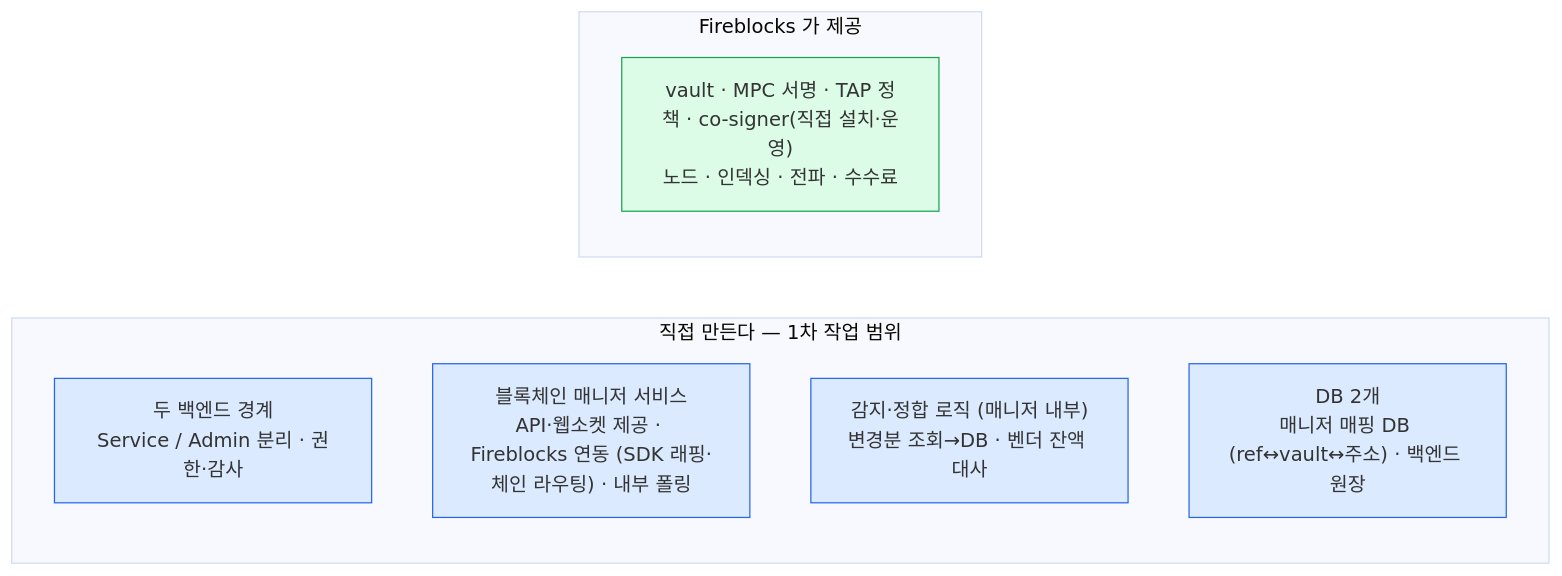
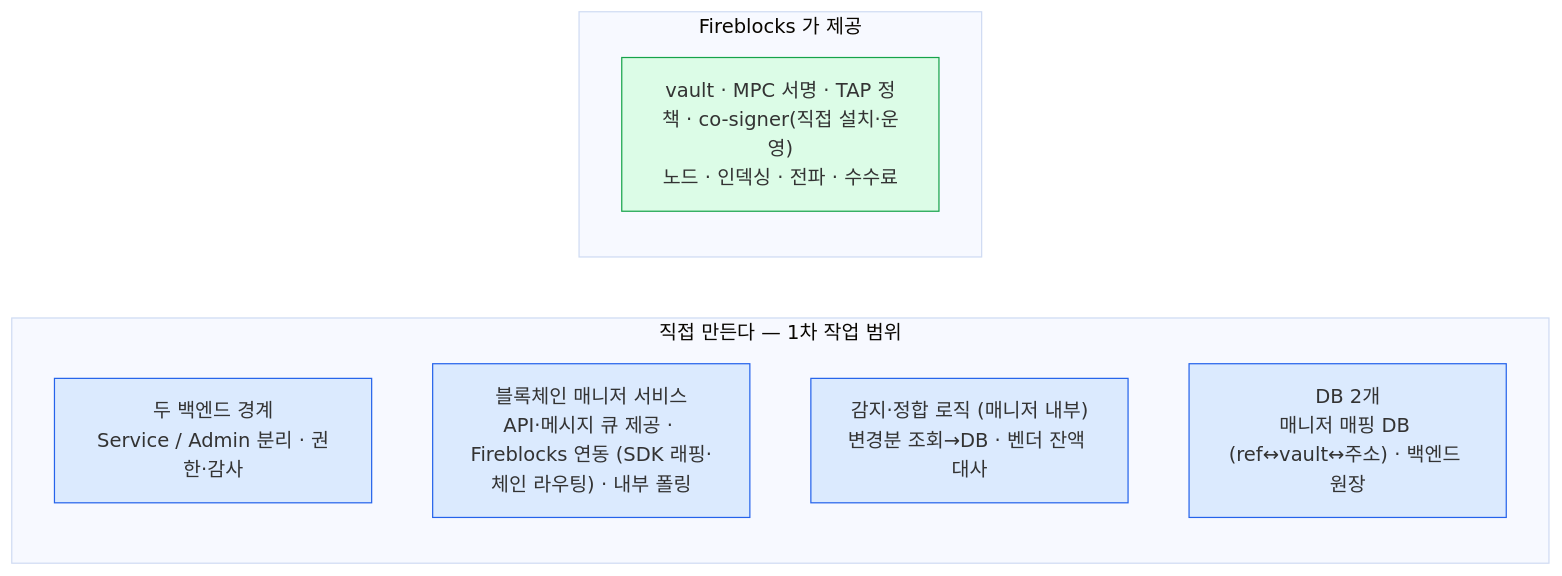
One commit to eunsujeo/eunpus changed the third of 3 diagrams in blockchain-manager/docs/설계/00-cast.md. Above: the diagram before and after it, drawn with Mermaid (base theme). The commit also changed other lines of this file and 6 other files, not shown here.

First line of the commit message:
칸반 문서: 이벤트 채널 웹소켓 → 메시지 큐 전환

````diff
--- a/blockchain-manager/docs/설계/00-cast.md
+++ b/blockchain-manager/docs/설계/00-cast.md
@@ -85,18 +91,18 @@
 ```mermaid
 flowchart LR
     subgraph MINE["직접 만든다 — 1차 작업 범위"]
       direction TB
       M1["두 백엔드 경계<br/>Service / Admin 분리 · 권한·감사"]
-      M2["블록체인 매니저 서비스<br/>API·웹소켓 제공 · Fireblocks 연동 (SDK 래핑·체인 라우팅) · 내부 폴링"]
+      M2["블록체인 매니저 서비스<br/>API·메시지 큐 제공 · Fireblocks 연동 (SDK 래핑·체인 라우팅) · 내부 폴링"]
       M3["감지·정합 로직 (매니저 내부)<br/>변경분 조회→DB · 벤더 잔액 대사"]
       M4["DB 2개<br/>매니저 매핑 DB (ref↔vault↔주소) · 백엔드 원장"]
     end
     subgraph VENDOR["Fireblocks 가 제공"]
       direction TB
       V1["vault · MPC 서명 · TAP 정책 · co-signer(직접 설치·운영)<br/>노드 · 인덱싱 · 전파 · 수수료"]
     end
 
     classDef mine fill:#dbeafe,stroke:#2563eb;
     classDef vendor fill:#dcfce7,stroke:#16a34a;
     class M1,M2,M3,M4 mine; class V1 vendor;
 ```
````
